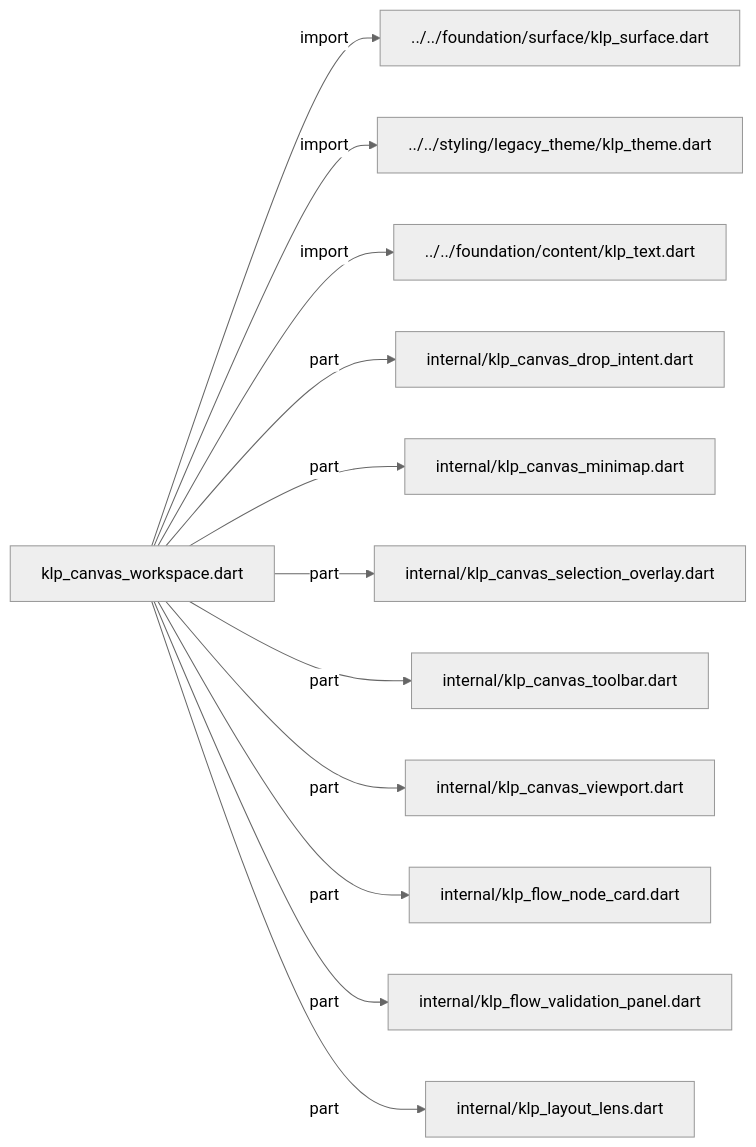
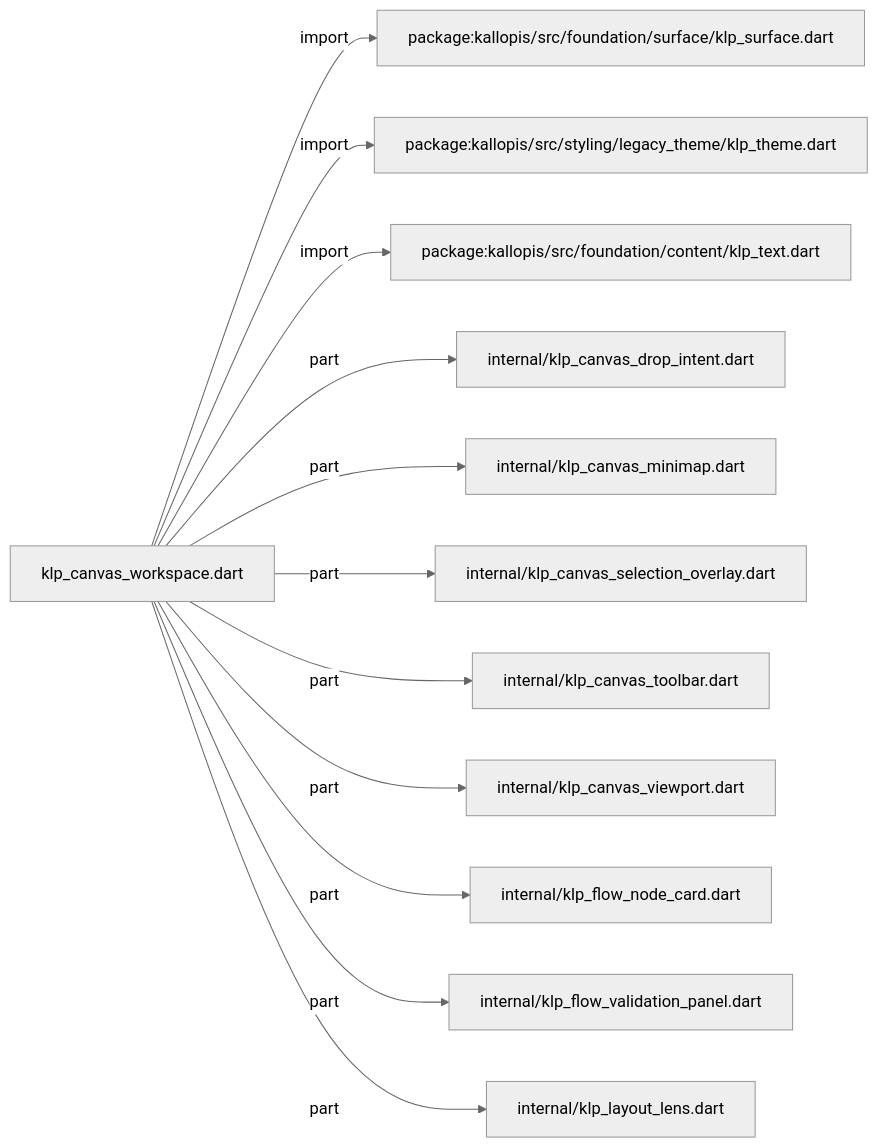
Before and after one commit to MiuDog/Kallopis: the second of 3 diagrams in docs/architecture/src/features/infinite_canvas/klp_canvas_workspace.md, drawn with Mermaid (neutral theme). The commit also changed other lines of this file and 9688 other files, not shown here.

Commit message:
Prepare isolated Flow F2 peer baseline

````diff
--- a/docs/architecture/src/features/infinite_canvas/klp_canvas_workspace.md
+++ b/docs/architecture/src/features/infinite_canvas/klp_canvas_workspace.md
@@ -38,26 +38,26 @@
 ```mermaid
 flowchart LR
 	n0["klp_canvas_workspace.dart"]
-	n1["../../foundation/surface/klp_surface.dart"]
-	n2["../../styling/legacy_theme/klp_theme.dart"]
-	n3["../../foundation/content/klp_text.dart"]
+	n1["package:kallopis/src/foundation/surface/klp_surface.dart"]
+	n2["package:kallopis/src/styling/legacy_theme/klp_theme.dart"]
+	n3["package:kallopis/src/foundation/content/klp_text.dart"]
 	n4["internal/klp_canvas_drop_intent.dart"]
 	n5["internal/klp_canvas_minimap.dart"]
 	n6["internal/klp_canvas_selection_overlay.dart"]
 	n7["internal/klp_canvas_toolbar.dart"]
 	n8["internal/klp_canvas_viewport.dart"]
 	n9["internal/klp_flow_node_card.dart"]
 	n10["internal/klp_flow_validation_panel.dart"]
 	n11["internal/klp_layout_lens.dart"]
 	n0 -->|"import"| n1
 	n0 -->|"import"| n2
 	n0 -->|"import"| n3
 	n0 -->|"part"| n4
 	n0 -->|"part"| n5
 	n0 -->|"part"| n6
 	n0 -->|"part"| n7
 	n0 -->|"part"| n8
 	n0 -->|"part"| n9
 	n0 -->|"part"| n10
 	n0 -->|"part"| n11
 ```
````
